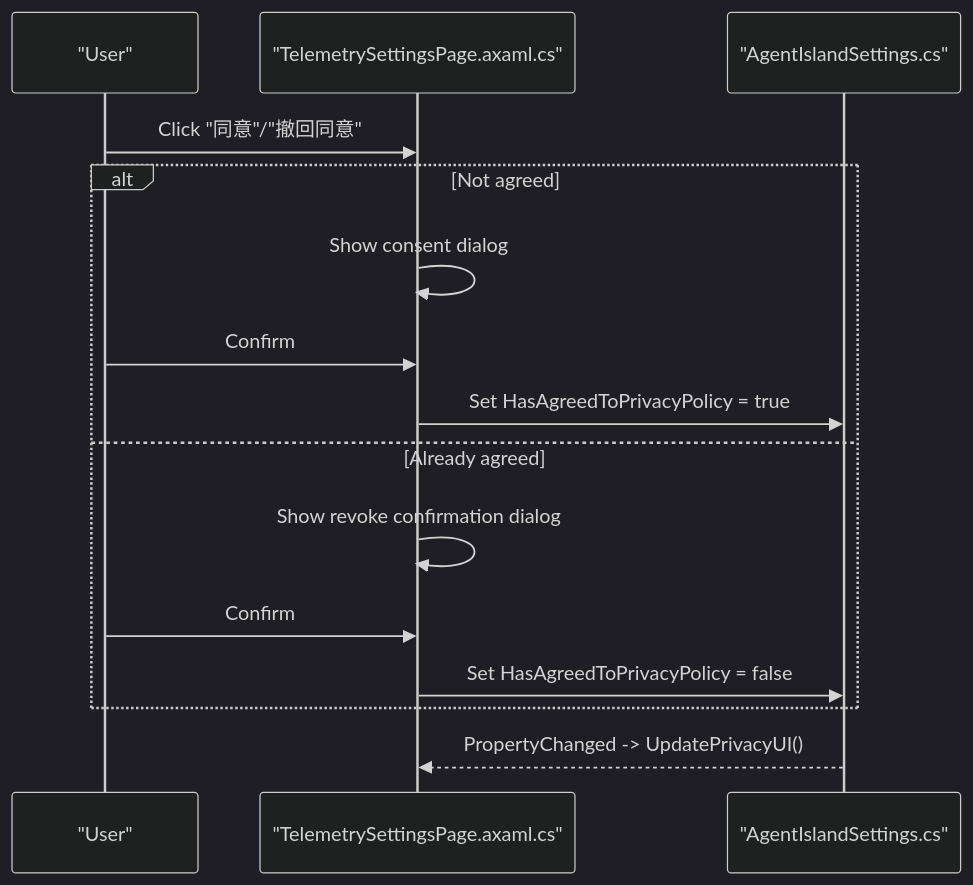
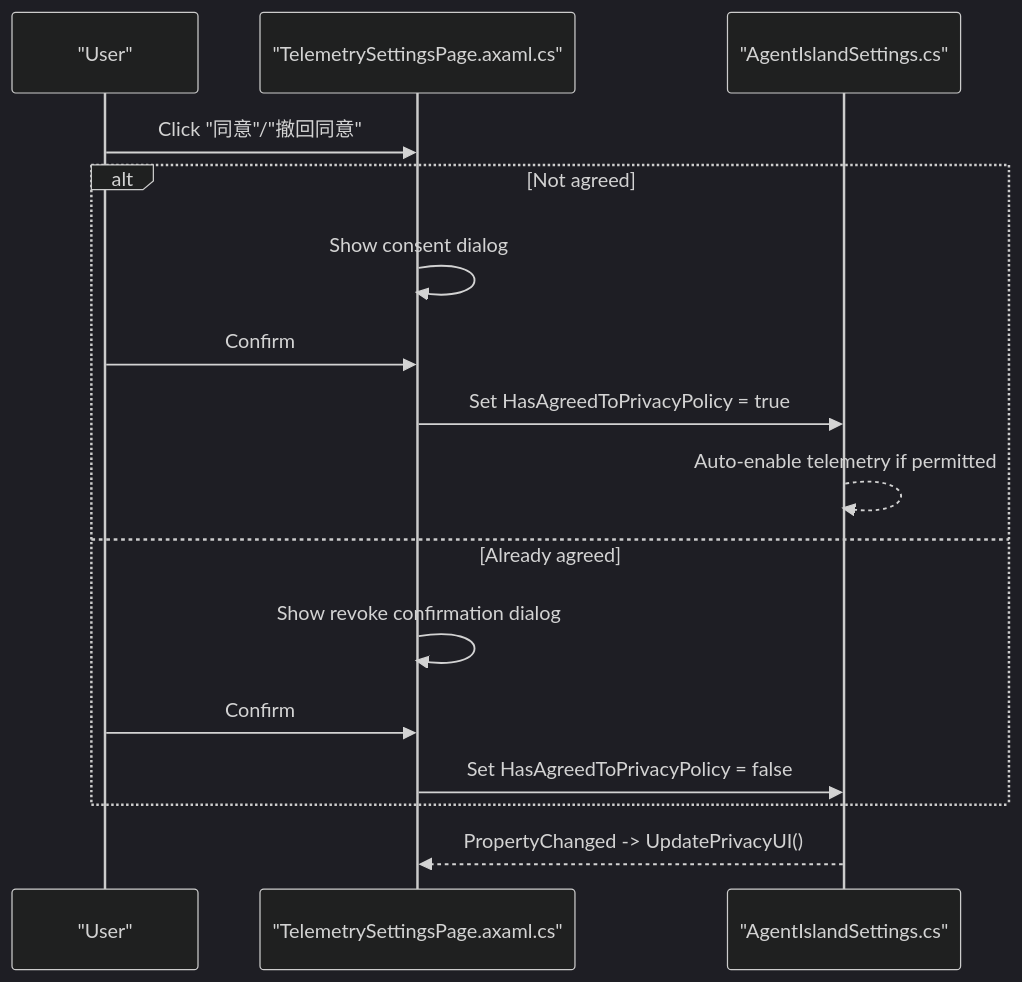
The fifth of 6 diagrams in .qoder/repowiki/en/content/Configuration Management/Telemetry and Privacy Configuration.md (ShihaoShenDev/AgentIsland), drawn with Mermaid (dark theme) before and after one commit. The commit also changed other lines of this file and 54 other files, not shown here.

Commit message:
docs: restructure repowiki docs, add overview/settings pages, refresh telemetry docs and build scripts

````diff
--- a/.qoder/repowiki/en/content/Configuration Management/Telemetry and Privacy Configuration.md
+++ b/.qoder/repowiki/en/content/Configuration Management/Telemetry and Privacy Configuration.md
@@ -228,17 +244,18 @@
 ```mermaid
 sequenceDiagram
 participant User as "User"
 participant UI as "TelemetrySettingsPage.axaml.cs"
 participant Settings as "AgentIslandSettings.cs"
 User->>UI : Click "同意"/"撤回同意"
 alt Not agreed
 UI->>UI : Show consent dialog
 User->>UI : Confirm
 UI->>Settings : Set HasAgreedToPrivacyPolicy = true
+Settings-->>Settings : Auto-enable telemetry if permitted
 else Already agreed
 UI->>UI : Show revoke confirmation dialog
 User->>UI : Confirm
 UI->>Settings : Set HasAgreedToPrivacyPolicy = false
 end
 Settings-->>UI : PropertyChanged -> UpdatePrivacyUI()
 ```
````
